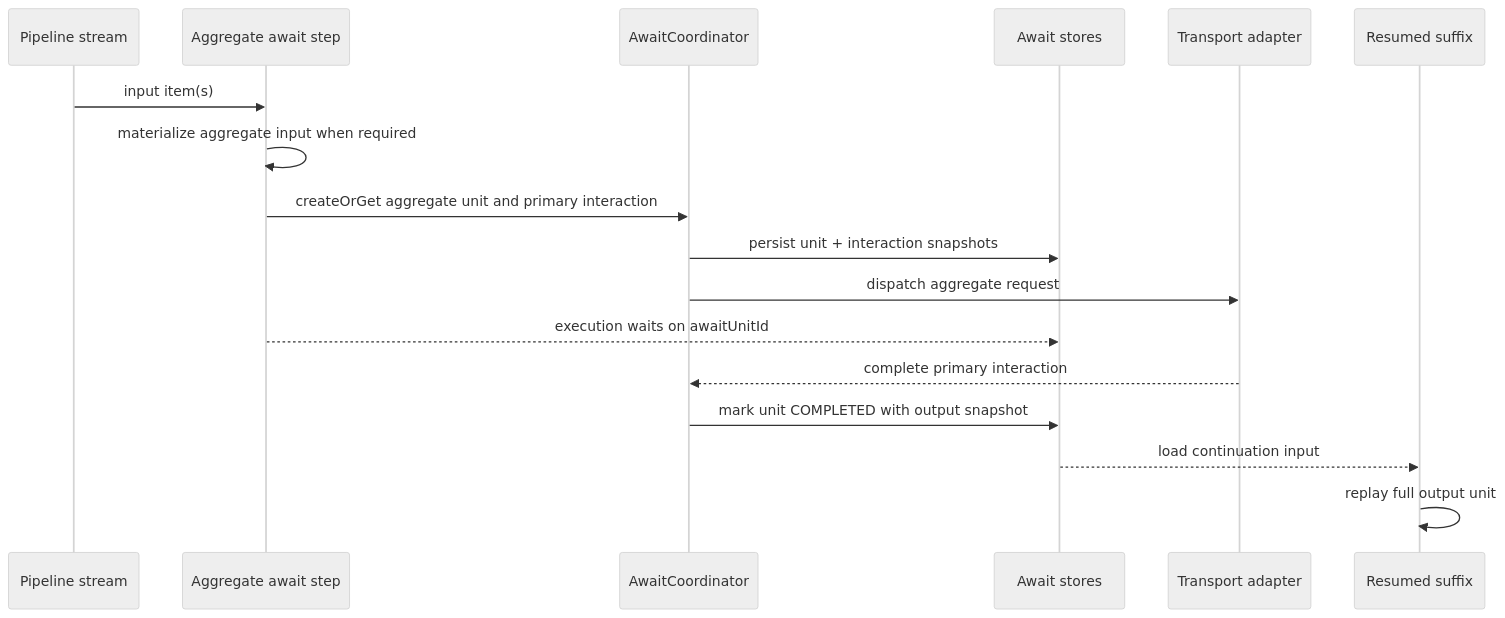
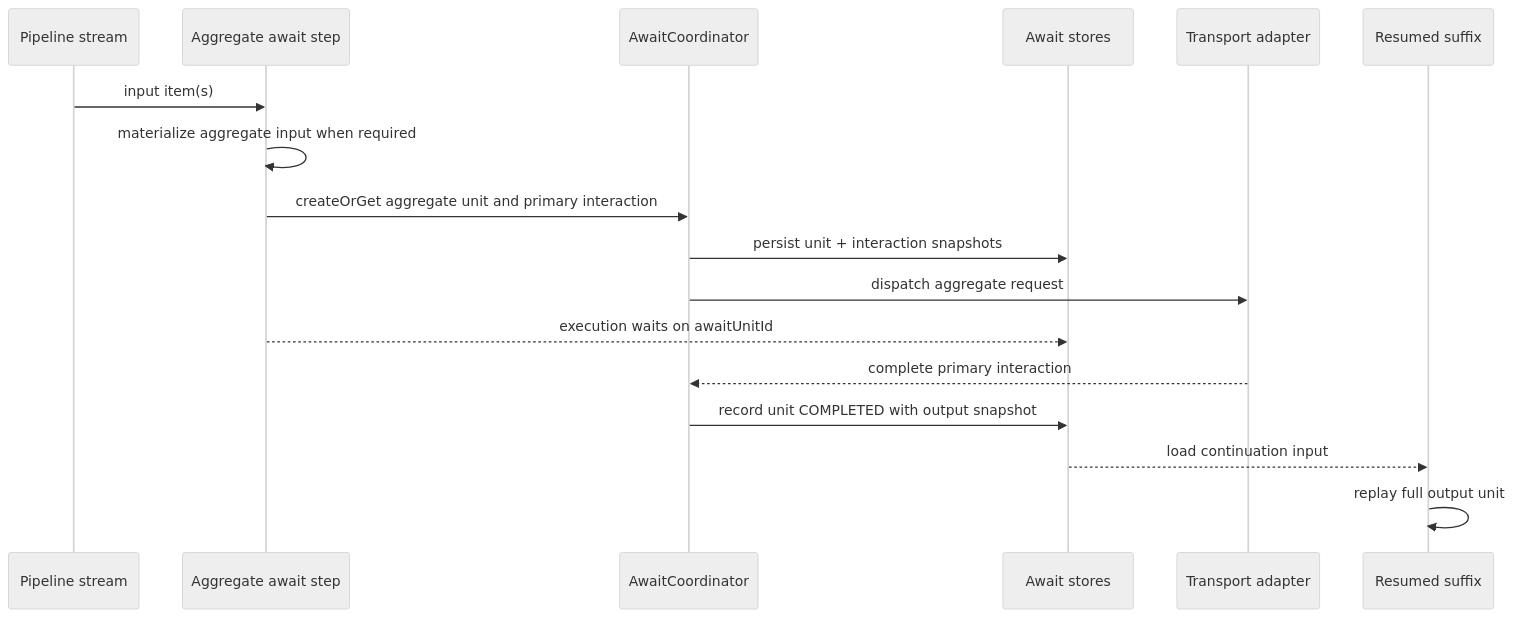
Before and after one commit to The-Pipeline-Framework/pipelineframework: the sixth of 7 diagrams in docs/evolve/await-unit-runtime/sequences.md, drawn with Mermaid (neutral theme). The commit also changed other lines of this file and 14 other files, not shown here.

````diff
--- a/docs/evolve/await-unit-runtime/sequences.md
+++ b/docs/evolve/await-unit-runtime/sequences.md
@@ -176,20 +176,20 @@
 ```mermaid
 sequenceDiagram
     participant Pipeline as Pipeline stream
     participant Step as Aggregate await step
     participant Coord as AwaitCoordinator
     participant Store as Await stores
     participant Adapter as Transport adapter
     participant Resume as Resumed suffix
 
     Pipeline->>Step: input item(s)
     Step->>Step: materialize aggregate input when required
     Step->>Coord: createOrGet aggregate unit and primary interaction
     Coord->>Store: persist unit + interaction snapshots
     Coord->>Adapter: dispatch aggregate request
     Step-->>Store: execution waits on awaitUnitId
     Adapter-->>Coord: complete primary interaction
-    Coord->>Store: mark unit COMPLETED with output snapshot
+    Coord->>Store: record unit COMPLETED with output snapshot
     Store-->>Resume: load continuation input
     Resume->>Resume: replay full output unit
 ```
````
